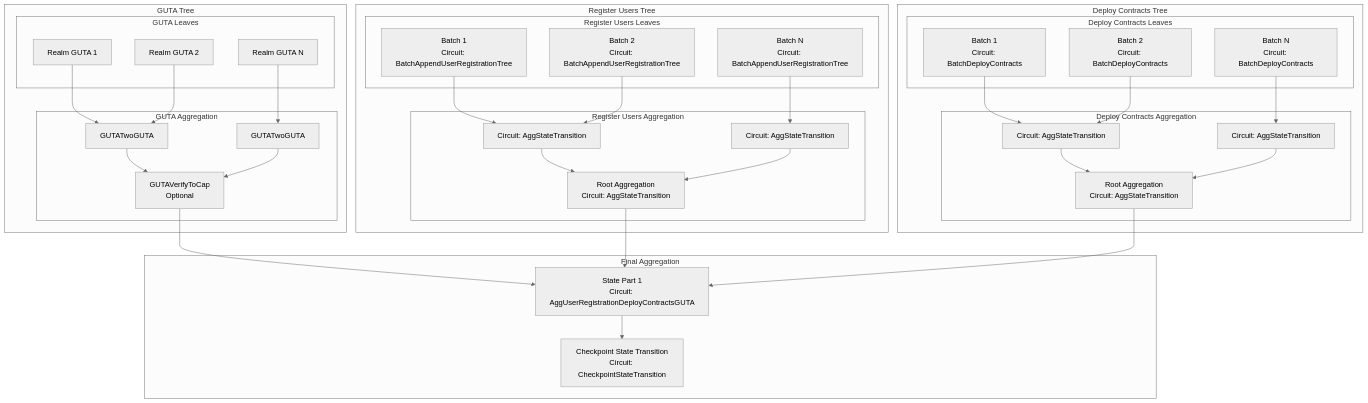
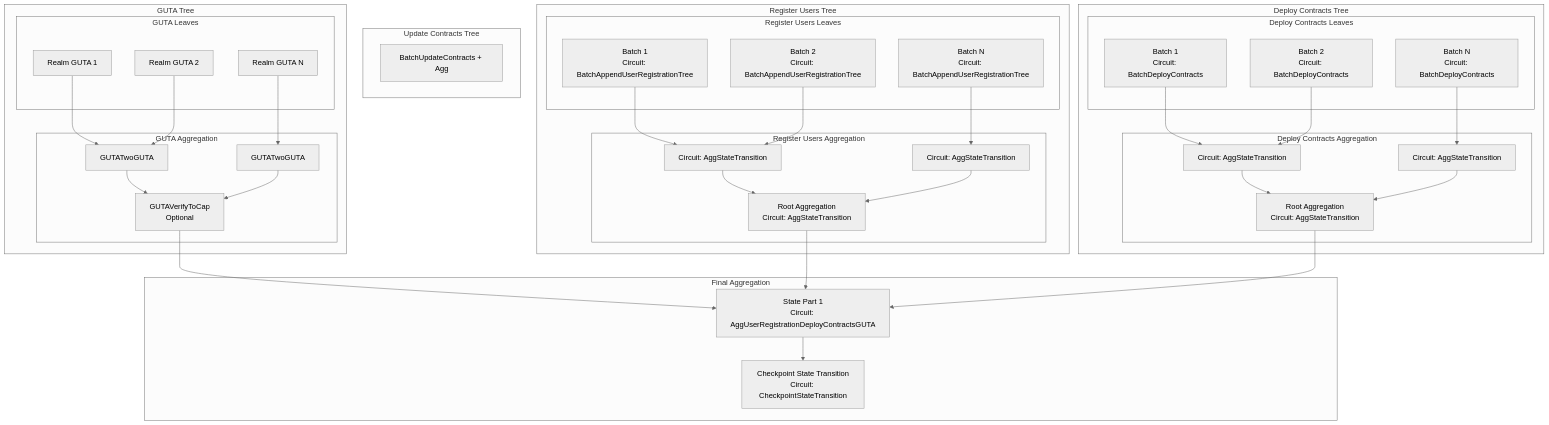
The first of 3 diagrams in docs/src/protocol/ProvingJobs.md (PsyProtocol/psy-node), drawn with Mermaid (neutral theme) before and after one commit. The commit also changed other lines of this file and 72 other files, not shown here.

````diff
--- a/docs/src/protocol/ProvingJobs.md
+++ b/docs/src/protocol/ProvingJobs.md
@@ -90,72 +100,76 @@
 ```mermaid
 graph TB
     subgraph "GUTA Tree"
         subgraph "GUTA Leaves"
             GUTA1[Realm GUTA 1]
             GUTA2[Realm GUTA 2]
             GUTAN[Realm GUTA N]
         end
 
         subgraph "GUTA Aggregation"
             GUTA_AGG1[GUTATwoGUTA]
             GUTA_AGG2[GUTATwoGUTA]
             GUTA_CAP[GUTAVerifyToCap<br/>Optional]
         end
 
         GUTA1 --> GUTA_AGG1
         GUTA2 --> GUTA_AGG1
         GUTAN --> GUTA_AGG2
         GUTA_AGG1 --> GUTA_CAP
         GUTA_AGG2 --> GUTA_CAP
     end
 
     subgraph "Register Users Tree"
         subgraph "Register Users Leaves"
             RU1[Batch 1<br/>Circuit: BatchAppendUserRegistrationTree]
             RU2[Batch 2<br/>Circuit: BatchAppendUserRegistrationTree]
             RUN[Batch N<br/>Circuit: BatchAppendUserRegistrationTree]
         end
 
         subgraph "Register Users Aggregation"
             RU_AGG1[Circuit: AggStateTransition]
             RU_AGG2[Circuit: AggStateTransition]
             RU_ROOT[Root Aggregation<br/>Circuit: AggStateTransition]
         end
 
         RU1 --> RU_AGG1
         RU2 --> RU_AGG1
         RUN --> RU_AGG2
         RU_AGG1 --> RU_ROOT
         RU_AGG2 --> RU_ROOT
     end
 
+    subgraph "Update Contracts Tree"
+        UC_NOTE[BatchUpdateContracts + Agg]
+    end
+
     subgraph "Deploy Contracts Tree"
         subgraph "Deploy Contracts Leaves"
             DC1[Batch 1<br/>Circuit: BatchDeployContracts]
             DC2[Batch 2<br/>Circuit: BatchDeployContracts]
             DCN[Batch N<br/>Circuit: BatchDeployContracts]
         end
 
         subgraph "Deploy Contracts Aggregation"
             DC_AGG1[Circuit: AggStateTransition]
             DC_AGG2[Circuit: AggStateTransition]
             DC_ROOT[Root Aggregation<br/>Circuit: AggStateTransition]
         end
 
         DC1 --> DC_AGG1
         DC2 --> DC_AGG1
         DCN --> DC_AGG2
         DC_AGG1 --> DC_ROOT
         DC_AGG2 --> DC_ROOT
     end
 
     subgraph "Final Aggregation"
         STATE_PART_1[State Part 1<br/>Circuit: AggUserRegistrationDeployContractsGUTA]
         CHECKPOINT[Checkpoint State Transition<br/>Circuit: CheckpointStateTransition]
     end
 
     GUTA_CAP --> STATE_PART_1
     RU_ROOT --> STATE_PART_1
     DC_ROOT --> STATE_PART_1
     STATE_PART_1 --> CHECKPOINT
 ```
````
